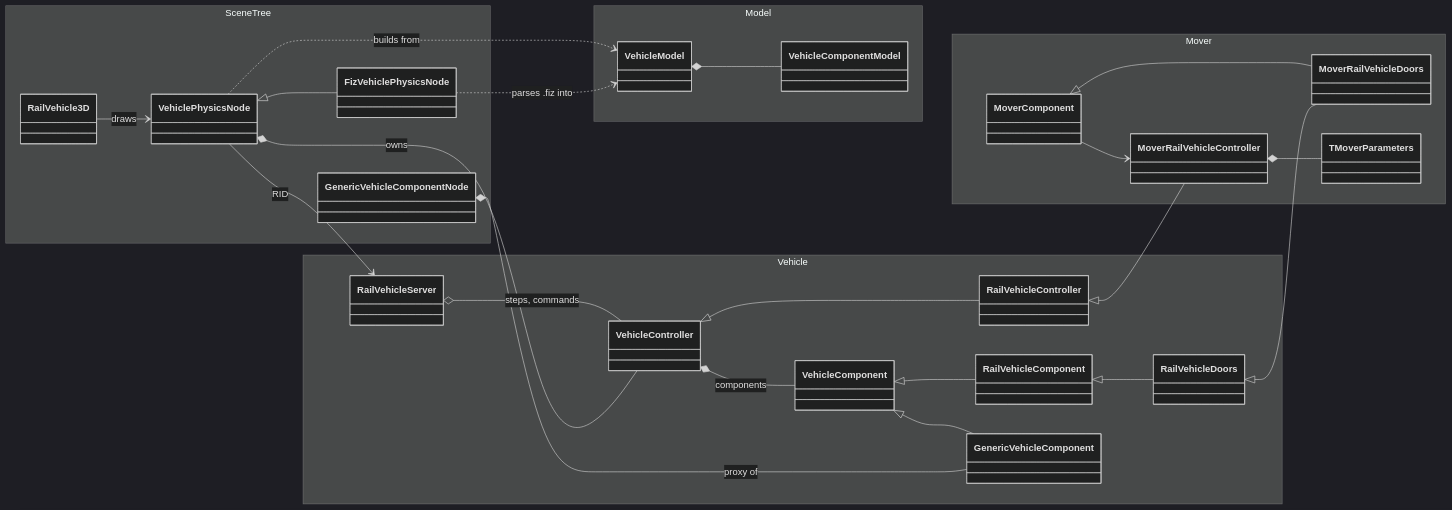
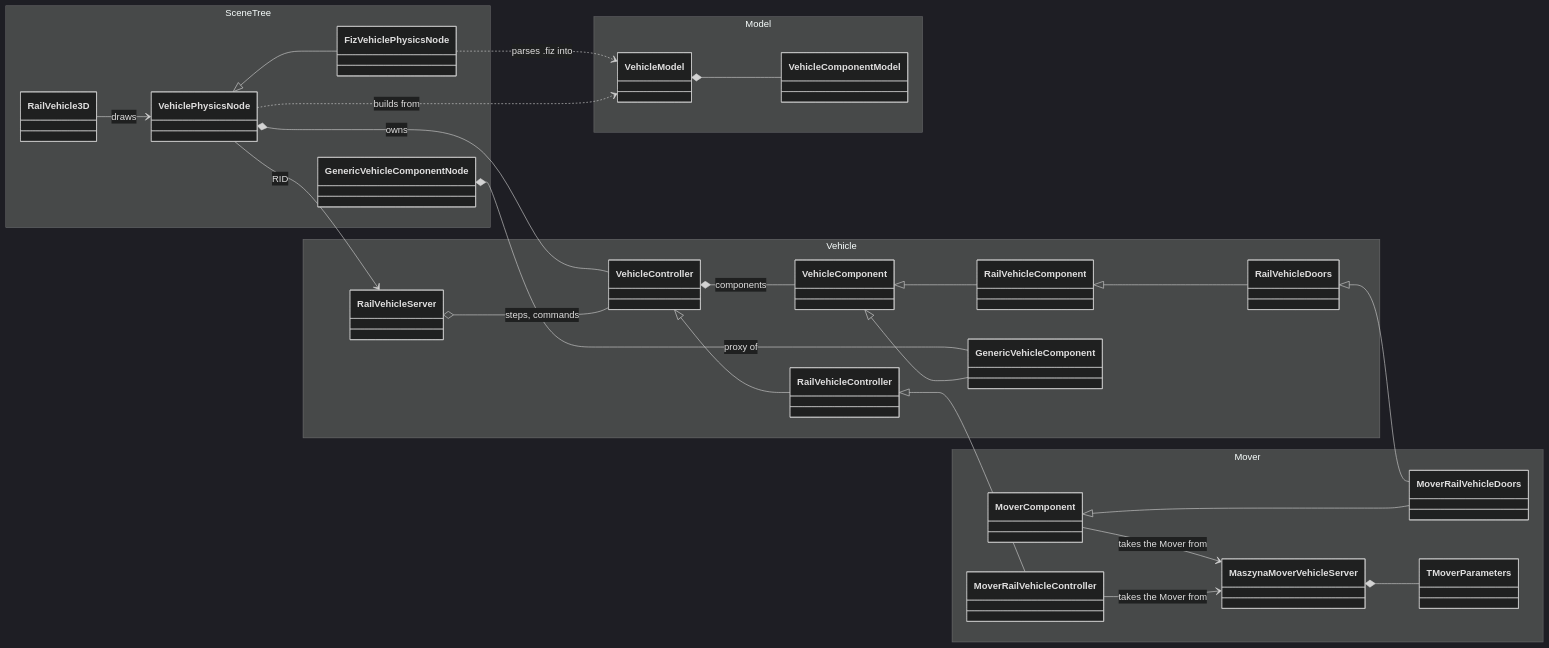
The first of 2 diagrams in docs/wrapping-mover.md (MaSzyna-Reloaded/MaSzyna-API-wrapper), drawn with Mermaid (dark theme) before and after one commit. The commit also changed other lines of this file and 34 other files, not shown here.

First line of the commit message:
Mover ownership - MaszynaMoverVehicleServer, attach_implementation()

````diff
--- a/docs/wrapping-mover.md
+++ b/docs/wrapping-mover.md
@@ -49,48 +49,50 @@
 ```mermaid
 classDiagram
     direction LR
     namespace SceneTree {
         class RailVehicle3D
         class VehiclePhysicsNode
         class FizVehiclePhysicsNode
         class GenericVehicleComponentNode
     }
     namespace Model {
         class VehicleModel
         class VehicleComponentModel
     }
     namespace Vehicle {
         class RailVehicleServer
         class VehicleController
         class RailVehicleController
         class VehicleComponent
         class RailVehicleComponent
         class GenericVehicleComponent
         class RailVehicleDoors
     }
     namespace Mover {
+        class MaszynaMoverVehicleServer
         class MoverRailVehicleController
         class MoverComponent
         class MoverRailVehicleDoors
         class TMoverParameters
     }
     VehiclePhysicsNode <|-- FizVehiclePhysicsNode
     FizVehiclePhysicsNode ..> VehicleModel : parses .fiz into
     VehicleModel *-- VehicleComponentModel
     VehiclePhysicsNode ..> VehicleModel : builds from
     VehiclePhysicsNode *-- VehicleController : owns
     VehiclePhysicsNode --> RailVehicleServer : RID
     RailVehicleServer o-- VehicleController : steps, commands
     RailVehicle3D --> VehiclePhysicsNode : draws
     GenericVehicleComponentNode *-- GenericVehicleComponent : proxy of
     VehicleController <|-- RailVehicleController
     RailVehicleController <|-- MoverRailVehicleController
     VehicleController *-- VehicleComponent : components
     VehicleComponent <|-- RailVehicleComponent
     VehicleComponent <|-- GenericVehicleComponent
     RailVehicleComponent <|-- RailVehicleDoors
     RailVehicleDoors <|-- MoverRailVehicleDoors
     MoverComponent <|-- MoverRailVehicleDoors
-    MoverComponent --> MoverRailVehicleController
-    MoverRailVehicleController *-- TMoverParameters
+    MoverComponent --> MaszynaMoverVehicleServer : takes the Mover from
+    MoverRailVehicleController --> MaszynaMoverVehicleServer : takes the Mover from
+    MaszynaMoverVehicleServer *-- TMoverParameters
 ```
````
